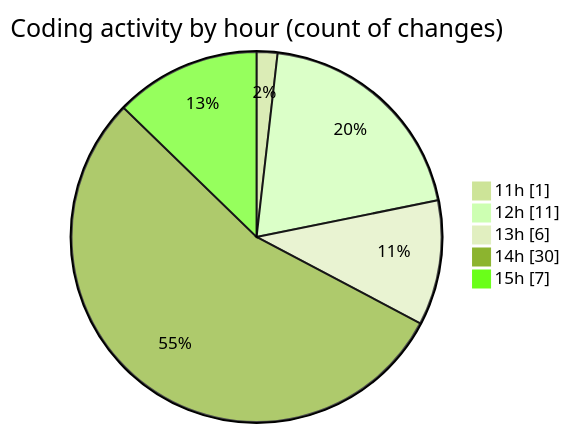
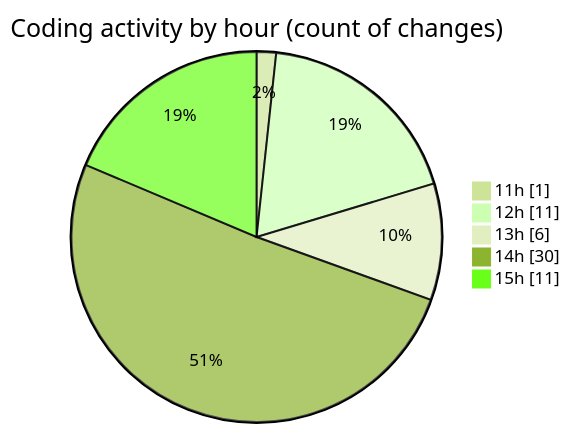
One commit to momahboobian/code-tracking changed the second of 2 diagrams in 2026-03-24/cda/README.md. Above: the diagram before and after it, drawn with Mermaid (forest theme). The commit also changed other lines of this file and 1 other file, not shown here.

````diff
--- a/2026-03-24/cda/README.md
+++ b/2026-03-24/cda/README.md
@@ -38,9 +38,9 @@
 ```mermaid
 pie showData
 title Coding activity by hour (count of changes)
 "11h" : 1
 "12h" : 11
 "13h" : 6
 "14h" : 30
-"15h" : 7
+"15h" : 11
 ```
````
